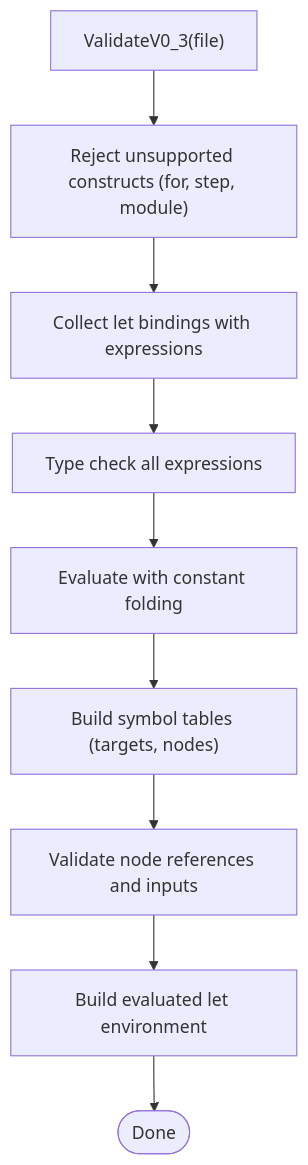
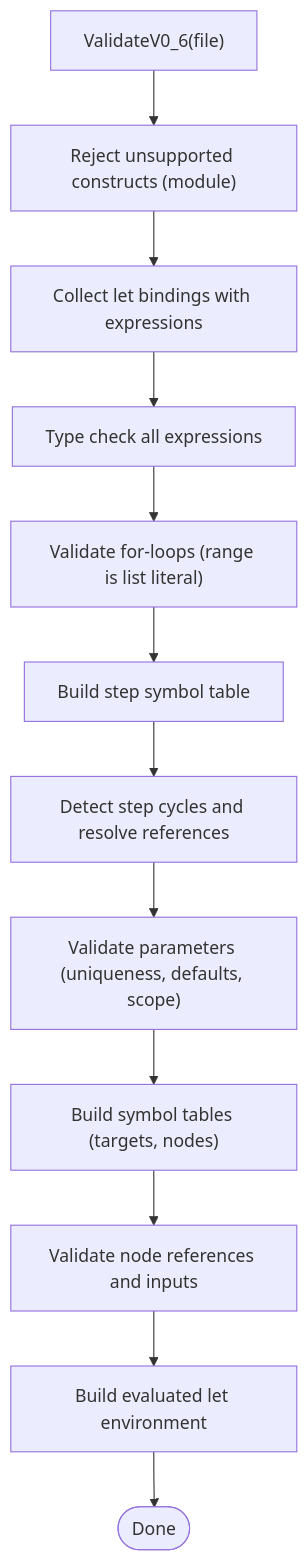
Before and after one commit to ahmednour1430464/dotdevops: the sixth of 8 diagrams in .qoder/repowiki/en/content/.devops Language Reference/Language Syntax and Grammar.md, drawn with Mermaid. The commit also changed other lines of this file and 12 other files, not shown here.

````diff
--- a/.qoder/repowiki/en/content/.devops Language Reference/Language Syntax and Grammar.md
+++ b/.qoder/repowiki/en/content/.devops Language Reference/Language Syntax and Grammar.md
@@ -427,11 +493,14 @@
 ```mermaid
 flowchart TD
-A["ValidateV0_3(file)"] --> B["Reject unsupported constructs (for, step, module)"]
+A["ValidateV0_6(file)"] --> B["Reject unsupported constructs (module)"]
 B --> C["Collect let bindings with expressions"]
 C --> D["Type check all expressions"]
-D --> E["Evaluate with constant folding"]
-E --> F["Build symbol tables (targets, nodes)"]
-F --> G["Validate node references and inputs"]
-G --> H["Build evaluated let environment"]
-H --> I(["Done"])
+D --> E["Validate for-loops (range is list literal)"]
+E --> F["Build step symbol table"]
+F --> G["Detect step cycles and resolve references"]
+G --> H["Validate parameters (uniqueness, defaults, scope)"]
+H --> I["Build symbol tables (targets, nodes)"]
+I --> J["Validate node references and inputs"]
+J --> K["Build evaluated let environment"]
+K --> L(["Done"])
 ```
````
